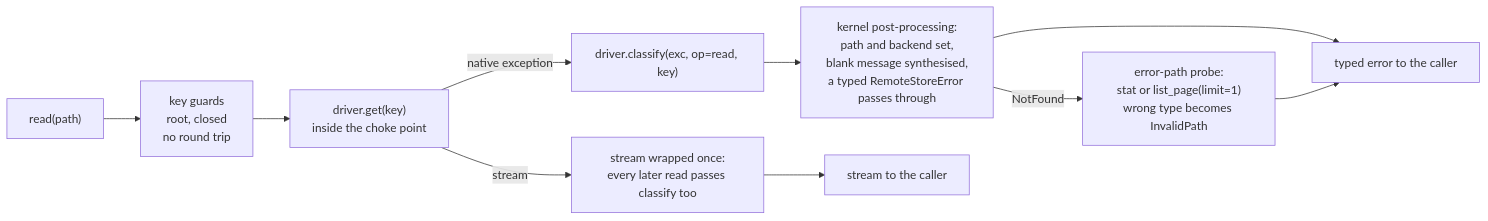
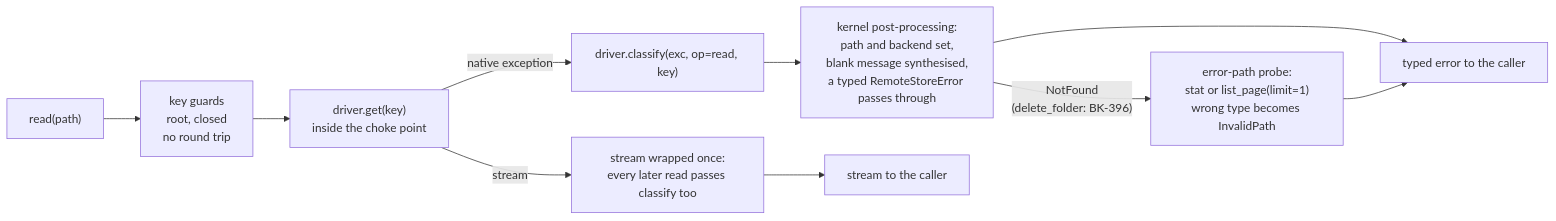
The second of 2 diagrams in sdd/rfcs/rfc-0017-contract-kernel-over-thin-drivers.md (haalfi/remote-store), drawn with Mermaid before and after one commit. The commit also changed other lines of this file and 7 other files, not shown here.

````diff
--- a/sdd/rfcs/rfc-0017-contract-kernel-over-thin-drivers.md
+++ b/sdd/rfcs/rfc-0017-contract-kernel-over-thin-drivers.md
@@ -299,12 +305,12 @@
 ```mermaid
 flowchart LR
   call["read(path)"] --> guard["key guards<br/>root, closed<br/>no round trip"]
   guard --> prim["driver.get(key)<br/>inside the choke point"]
   prim -->|stream| wrap["stream wrapped once:<br/>every later read passes classify too"]
   prim -->|native exception| cls["driver.classify(exc, op=read, key)"]
   cls --> post["kernel post-processing:<br/>path and backend set,<br/>blank message synthesised,<br/>a typed RemoteStoreError passes through"]
-  post -->|NotFound| probe["error-path probe:<br/>stat or list_page(limit=1)<br/>wrong type becomes InvalidPath"]
+  post -->|"NotFound<br/>(delete_folder: BK-396)"| probe["error-path probe:<br/>stat or list_page(limit=1)<br/>wrong type becomes InvalidPath"]
   post --> raise["typed error to the caller"]
   probe --> raise
   wrap --> caller["stream to the caller"]
 ```
````
